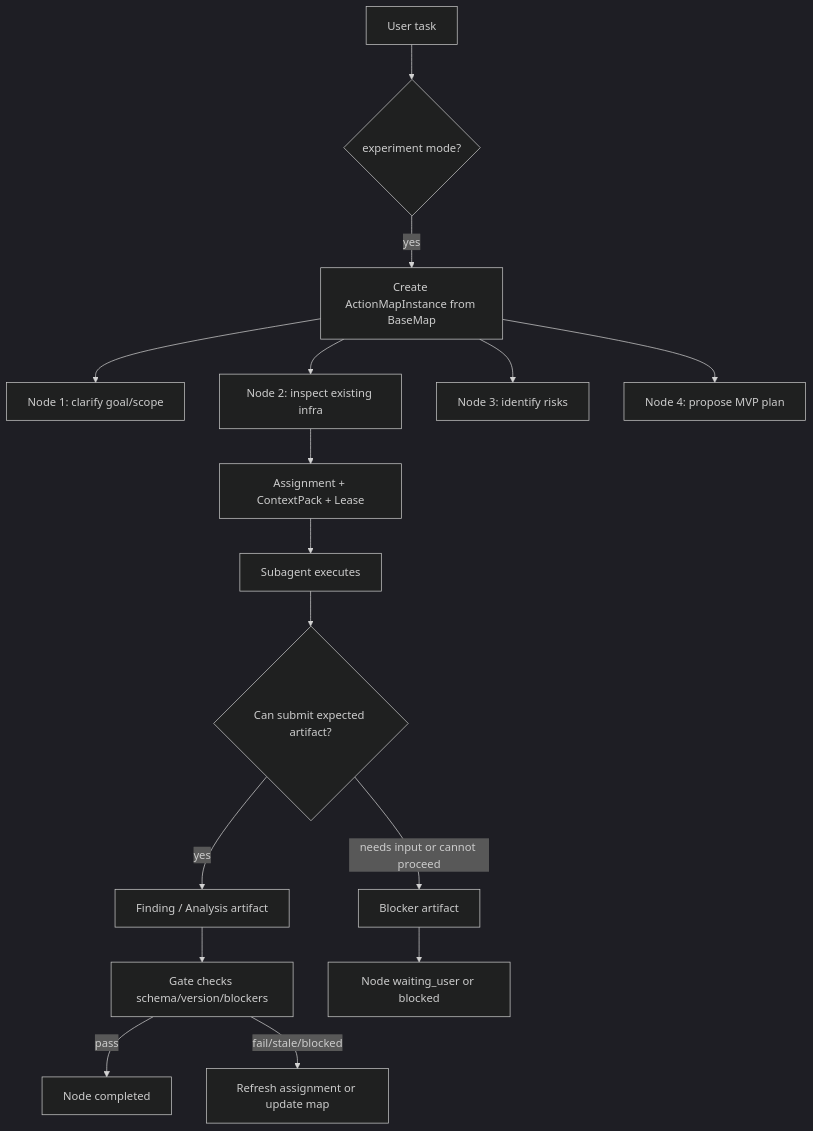
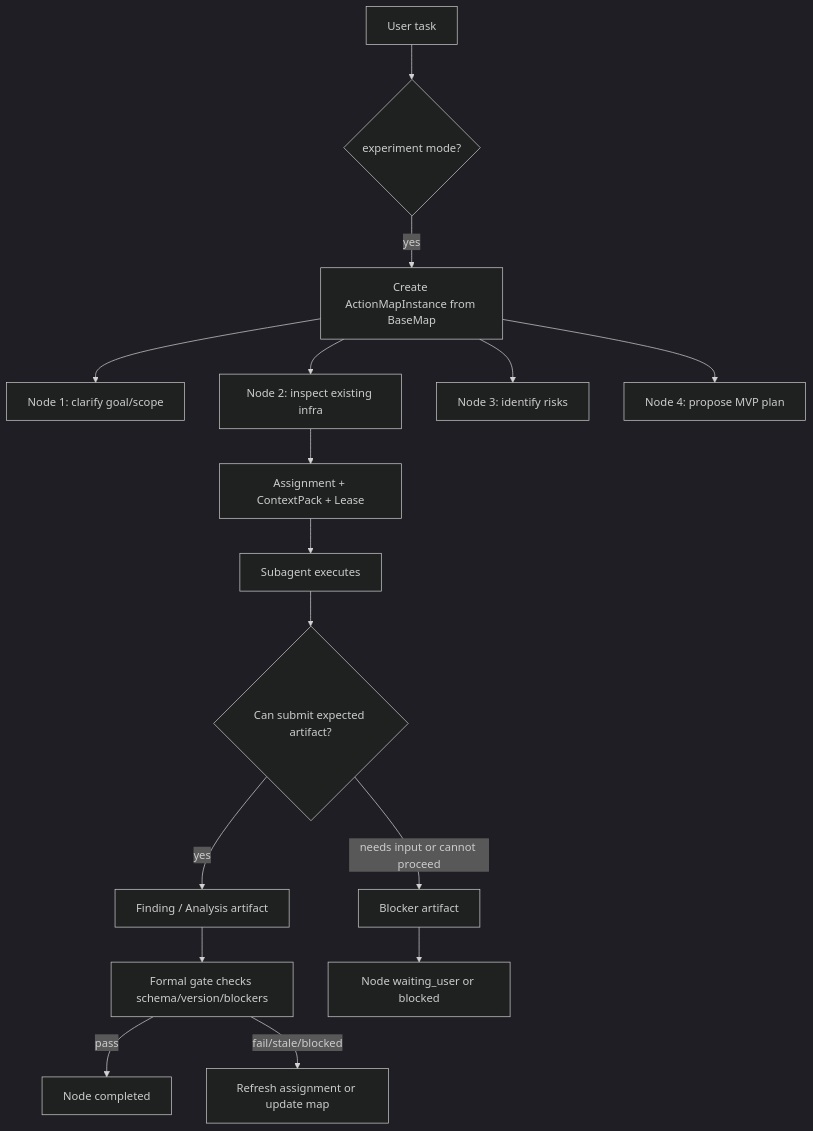
The fourth of 4 diagrams in docs/plans/2026-04-25-multi-agent-collaboration-architecture.md (ceasarXuu/WhaleCode), drawn with Mermaid (dark theme) before and after one commit. The commit also changed other lines of this file, not shown here.

Commit message:
docs: clarify formal gate boundaries

````diff
--- a/docs/plans/2026-04-25-multi-agent-collaboration-architecture.md
+++ b/docs/plans/2026-04-25-multi-agent-collaboration-architecture.md
@@ -940,19 +1054,19 @@
 ```mermaid
 flowchart TD
     U["User task"] --> M{"experiment mode?"}
     M -->|yes| B["Create ActionMapInstance from BaseMap"]
     B --> N1["Node 1: clarify goal/scope"]
     B --> N2["Node 2: inspect existing infra"]
     B --> N3["Node 3: identify risks"]
     B --> N4["Node 4: propose MVP plan"]
 
     N2 --> A1["Assignment + ContextPack + Lease"]
     A1 --> S1["Subagent executes"]
     S1 --> R1{"Can submit expected artifact?"}
     R1 -->|yes| F["Finding / Analysis artifact"]
     R1 -->|needs input or cannot proceed| BL["Blocker artifact"]
-    F --> G["Gate checks schema/version/blockers"]
+    F --> G["Formal gate checks schema/version/blockers"]
     BL --> W["Node waiting_user or blocked"]
     G -->|pass| C["Node completed"]
     G -->|fail/stale/blocked| H["Refresh assignment or update map"]
 ```
````
